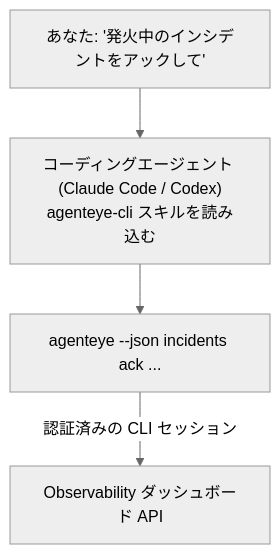
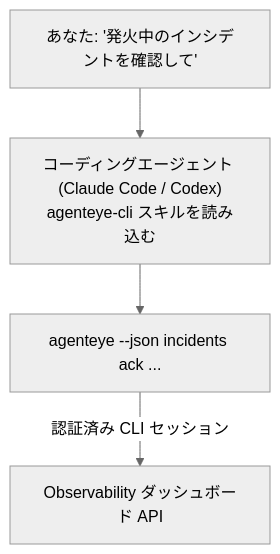
The diagram in docs/ja/agenteye/cli-skill.mdx (FailproofAI/failproofai), drawn with Mermaid (neutral theme) before and after one commit. The commit also changed other lines of this file and 650 other files, not shown here.

````diff
--- a/docs/ja/agenteye/cli-skill.mdx
+++ b/docs/ja/agenteye/cli-skill.mdx
@@ -28,6 +28,6 @@
 ```mermaid
 flowchart TD
-    YOU["あなた: '発火中のインシデントをアックして'"] --> AGENT["コーディングエージェント (Claude Code / Codex)<br/>agenteye-cli スキルを読み込む"]
+    YOU["あなた: '発火中のインシデントを確認して'"] --> AGENT["コーディングエージェント (Claude Code / Codex)<br/>agenteye-cli スキルを読み込む"]
     AGENT --> CLI["agenteye --json incidents ack ..."]
-    CLI -->|認証済みの CLI セッション| API["Observability ダッシュボード API"]
+    CLI -->|認証済み CLI セッション| API["Observability ダッシュボード API"]
 ```
````
